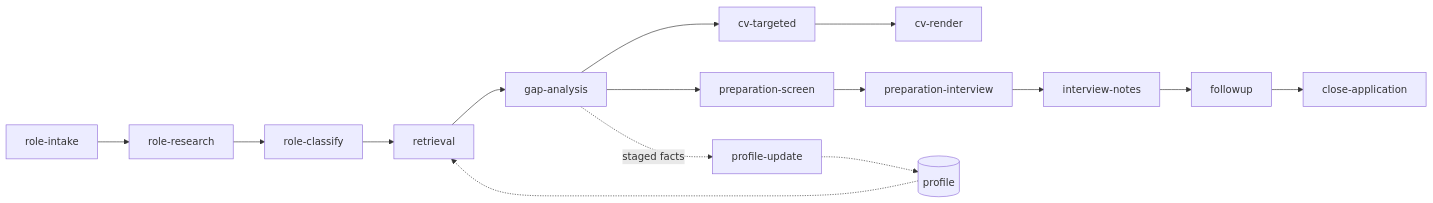
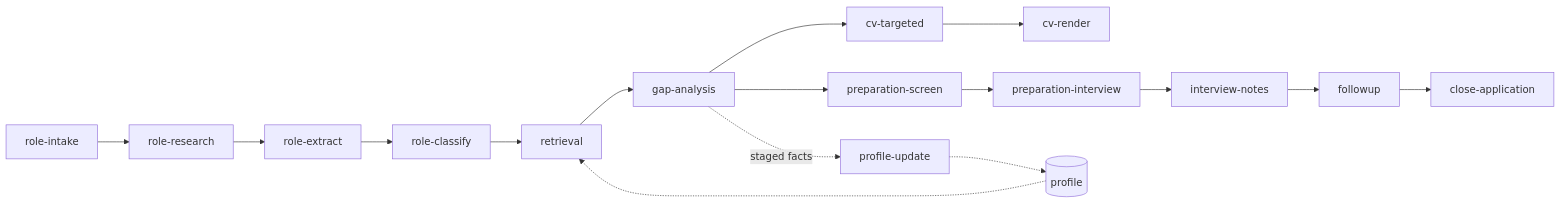
The diagram in README.md (delos001/career), drawn with Mermaid before and after one commit. The commit also changed other lines of this file and 27 other files, not shown here.

First line of the commit message:
Split role-extract out of role-classify

````diff
--- a/README.md
+++ b/README.md
@@ -121,17 +121,18 @@
 ```mermaid
 flowchart LR
     A[role-intake] --> A1[role-research]
-    A1 --> A2[role-classify]
+    A1 --> A3[role-extract]
+    A3 --> A2[role-classify]
     A2 --> B[retrieval]
     B --> C[gap-analysis]
     C --> D[cv-targeted]
     D --> E[cv-render]
     C --> F[preparation-screen]
     F --> G[preparation-interview]
     G --> H[interview-notes]
     H --> I[followup]
     I --> J[close-application]
     C -.staged facts.-> K[profile-update]
     K -.-> L[(profile)]
     L -.-> B
 ```
````
